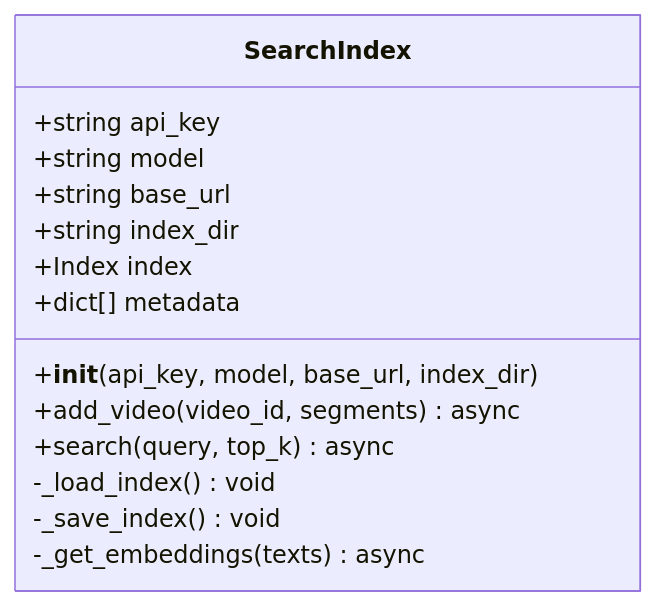
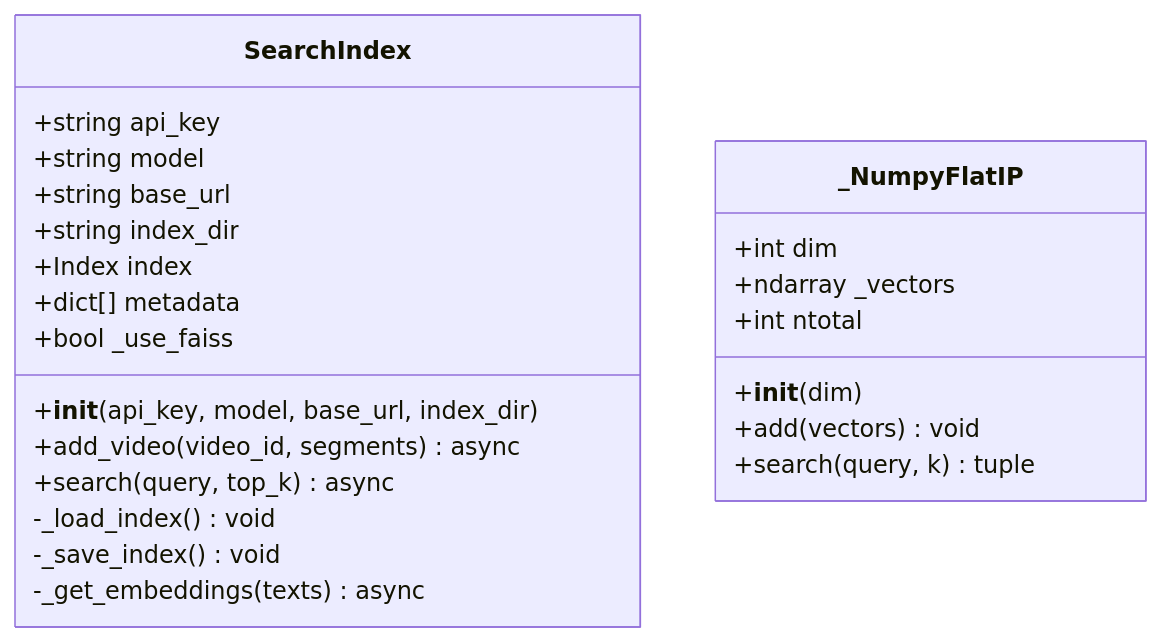
The third of 9 diagrams in .qoder/repowiki/en/content/Media Processing Pipeline/Search Index Stage.md (alexandreybasta-cyber/dubai-media-ai), drawn with Mermaid before and after one commit. The commit also changed other lines of this file and 48 other files, not shown here.

````diff
--- a/.qoder/repowiki/en/content/Media Processing Pipeline/Search Index Stage.md
+++ b/.qoder/repowiki/en/content/Media Processing Pipeline/Search Index Stage.md
@@ -148,17 +159,26 @@
 ```mermaid
 classDiagram
 class SearchIndex {
 +string api_key
 +string model
 +string base_url
 +string index_dir
 +Index index
 +dict[] metadata
++bool _use_faiss
 +__init__(api_key, model, base_url, index_dir)
 +add_video(video_id, segments) async
 +search(query, top_k) async
 -_load_index() void
 -_save_index() void
 -_get_embeddings(texts) async
 }
+class _NumpyFlatIP {
++int dim
++ndarray _vectors
++int ntotal
++__init__(dim)
++add(vectors) void
++search(query, k) tuple
+}
 ```
````
